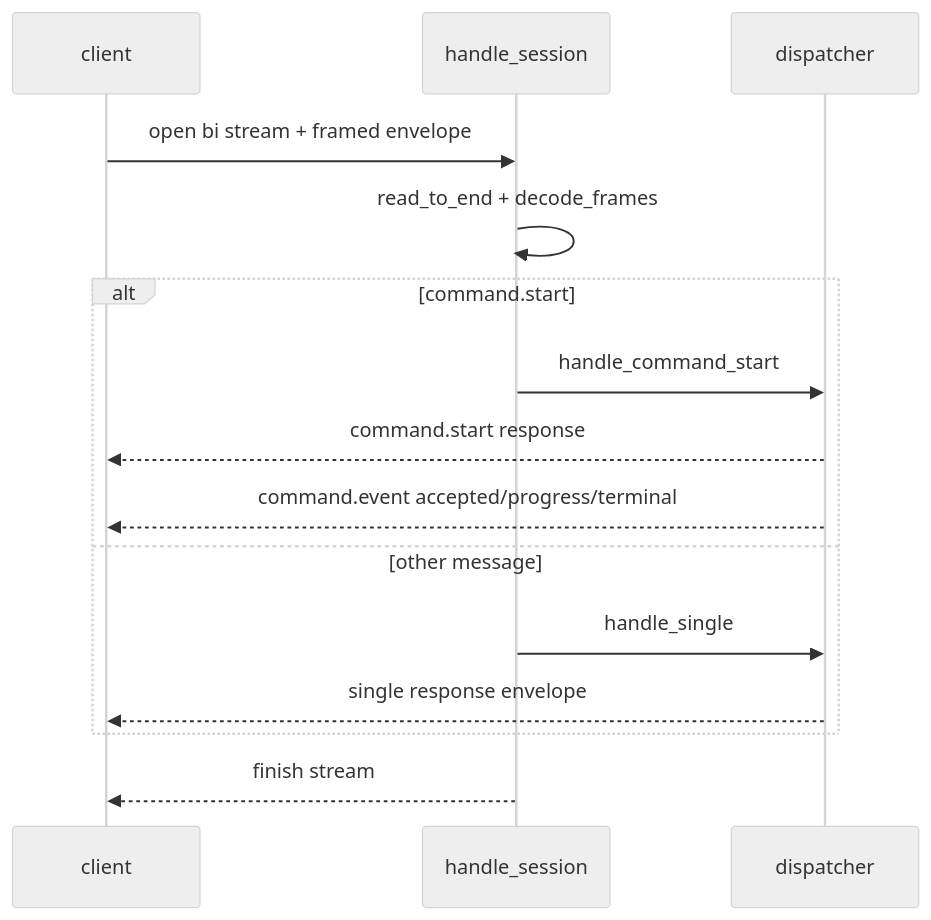
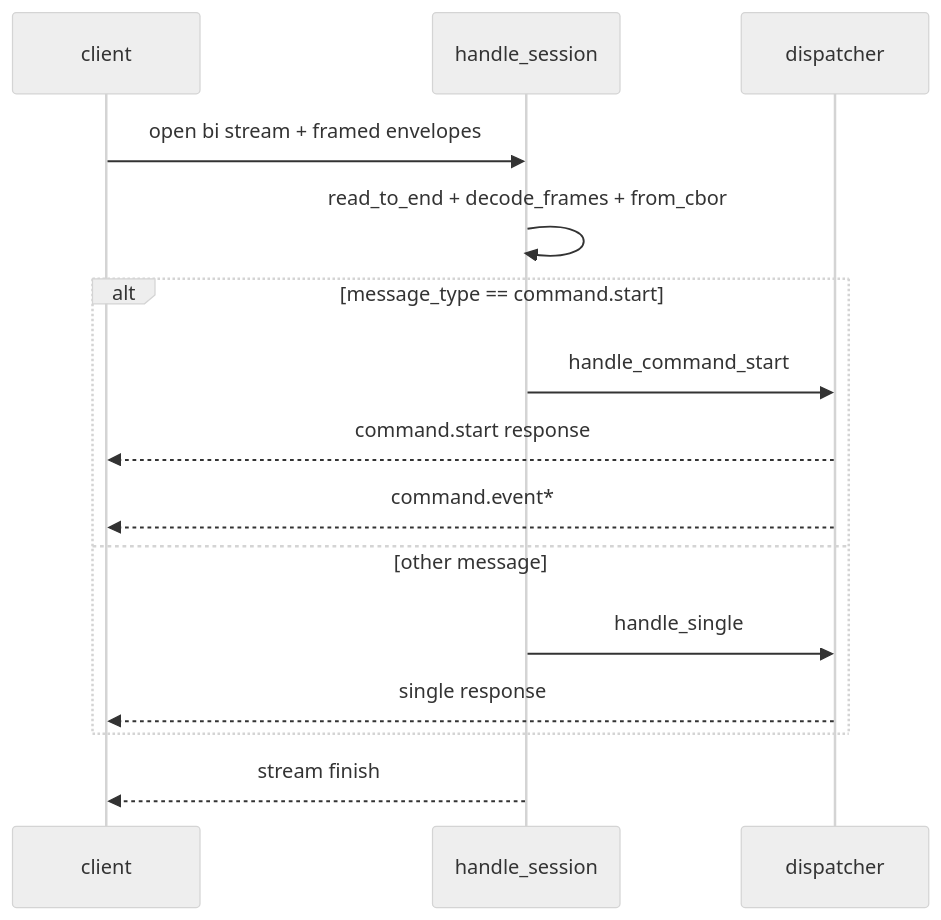
The second of 4 diagrams in docs/spec/imagod-internals.md (yieldspace/imago), drawn with Mermaid (neutral theme) before and after one commit. The commit also changed other lines of this file and 6 other files, not shown here.

````diff
--- a/docs/spec/imagod-internals.md
+++ b/docs/spec/imagod-internals.md
@@ -88,18 +89,18 @@
 ```mermaid
 sequenceDiagram
   participant C as client
   participant S as handle_session
   participant D as dispatcher
 
-  C->>S: open bi stream + framed envelope
-  S->>S: read_to_end + decode_frames
-  alt command.start
+  C->>S: open bi stream + framed envelopes
+  S->>S: read_to_end + decode_frames + from_cbor
+  alt message_type == command.start
     S->>D: handle_command_start
     D-->>C: command.start response
-    D-->>C: command.event accepted/progress/terminal
+    D-->>C: command.event*
   else other message
     S->>D: handle_single
-    D-->>C: single response envelope
+    D-->>C: single response
   end
-  S-->>C: finish stream
+  S-->>C: stream finish
 ```
````
